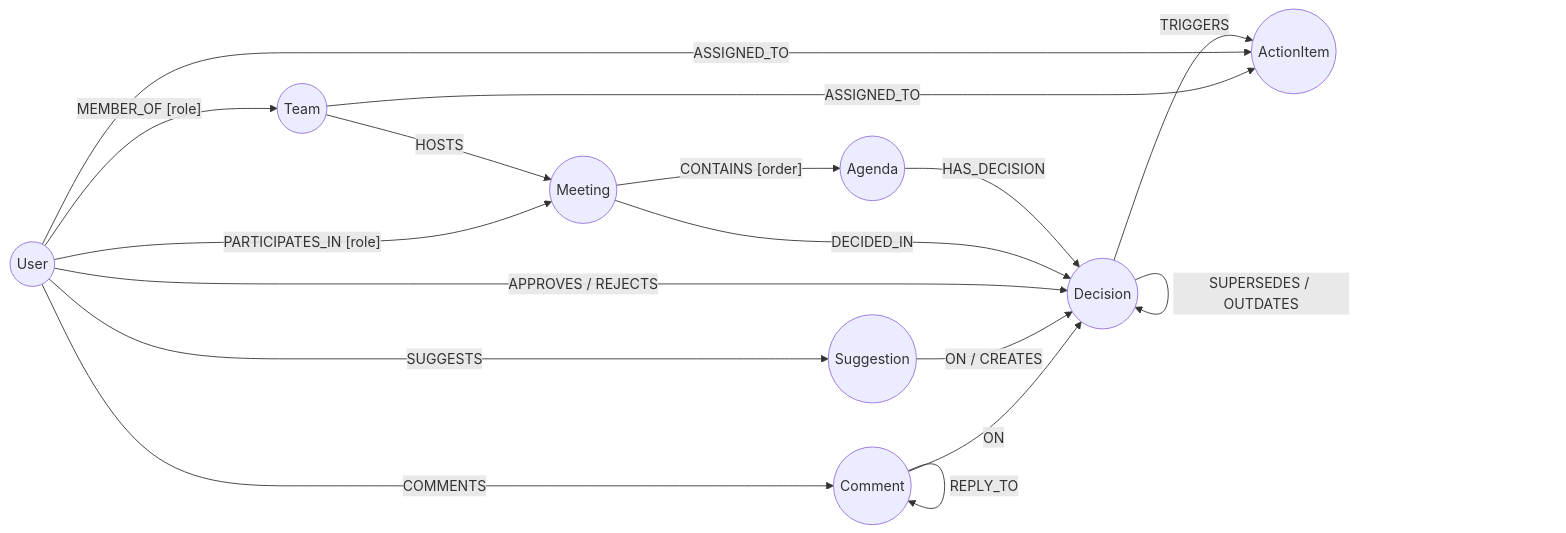
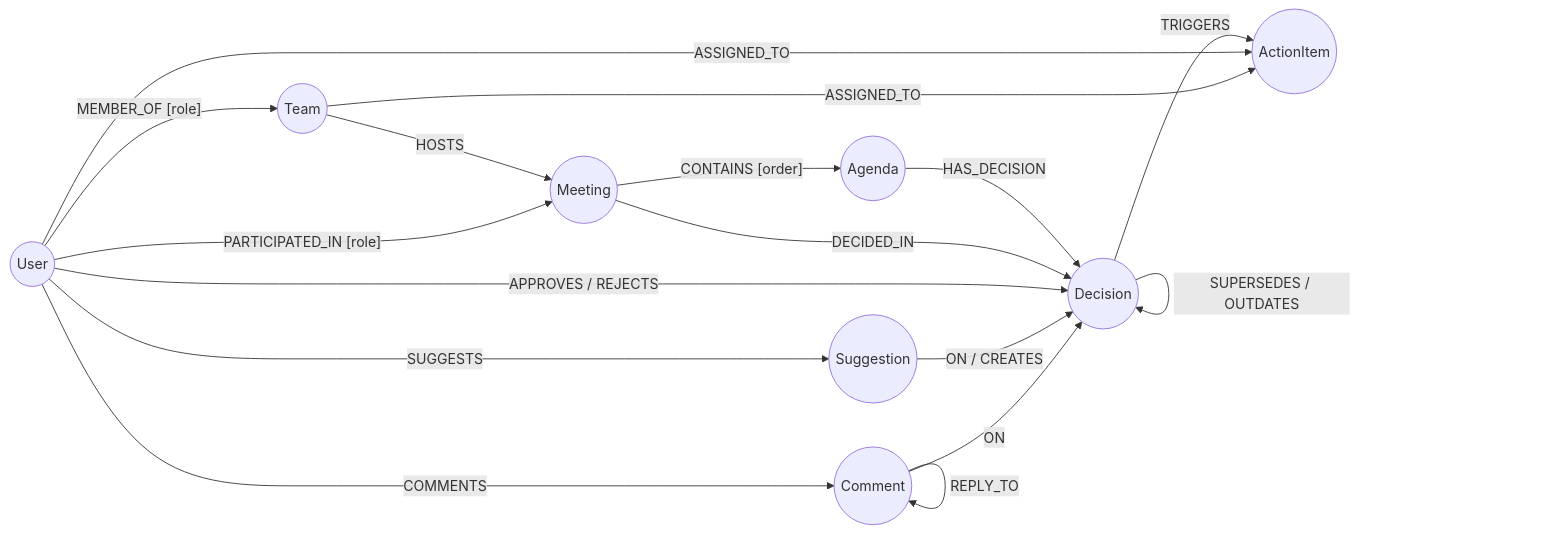
The diagram in docs/agent/plan/neo4j-schema-setup.md (boostcampaitech8/pro-nlp-finalproject-nlp-14), drawn with Mermaid before and after one commit. The commit also changed other lines of this file, not shown here.

Commit message:
docs: fix edge name of 'participated_in'

````diff
--- a/docs/agent/plan/neo4j-schema-setup.md
+++ b/docs/agent/plan/neo4j-schema-setup.md
@@ -248,23 +247,23 @@
 ```mermaid
 flowchart LR
     U((User)) -- "MEMBER_OF [role]" --> T((Team))
     T -- "HOSTS" --> M((Meeting))
-    U -- "PARTICIPATES_IN [role]" --> M
+    U -- "PARTICIPATED_IN [role]" --> M
 
     M -- "CONTAINS [order]" --> A((Agenda))
     A -- "HAS_DECISION" --> D((Decision))
     M -- "DECIDED_IN" --> D
 
     U -- "APPROVES / REJECTS" --> D
     D -- "SUPERSEDES / OUTDATES" --> D
     D -- "TRIGGERS" --> AI((ActionItem))
     U -- "ASSIGNED_TO" --> AI
     T -- "ASSIGNED_TO" --> AI
 
     U -- "SUGGESTS" --> S((Suggestion))
     S -- "ON / CREATES" --> D
 
     U -- "COMMENTS" --> C((Comment))
     C -- "ON" --> D
     C -- "REPLY_TO" --> C
 ```
````
